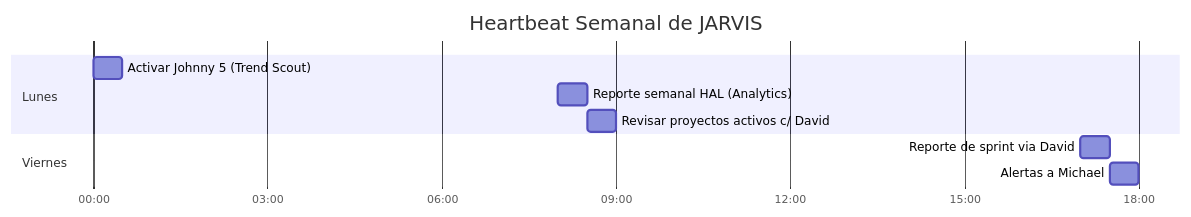
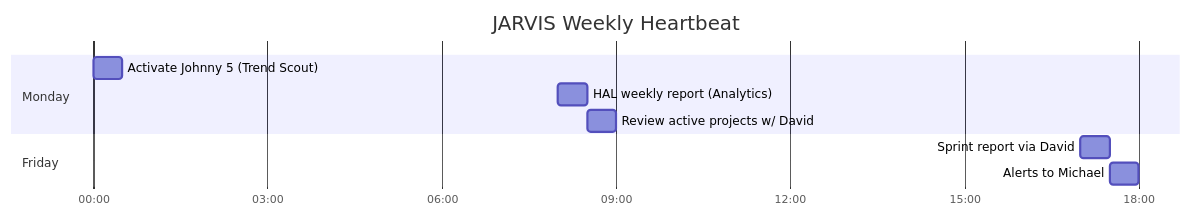
One commit to nissienterprise/nissi-openclaw-vps changed the diagram in documentation/03-agents/jarvis.md. Above: the diagram before and after it, drawn with Mermaid. The commit also changed other lines of this file and 46 other files, not shown here.

````diff
--- a/documentation/03-agents/jarvis.md
+++ b/documentation/03-agents/jarvis.md
@@ -36,13 +36,13 @@
 ```mermaid
 gantt
-    title Heartbeat Semanal de JARVIS
+    title JARVIS Weekly Heartbeat
     dateFormat  HH:mm
     axisFormat  %H:%M
-    section Lunes
-    Activar Johnny 5 (Trend Scout)     :00:00, 30m
-    Reporte semanal HAL (Analytics)    :08:00, 30m
-    Revisar proyectos activos c/ David :08:30, 30m
-    section Viernes
-    Reporte de sprint via David        :17:00, 30m
-    Alertas a Michael                  :17:30, 30m
+    section Monday
+    Activate Johnny 5 (Trend Scout)    :00:00, 30m
+    HAL weekly report (Analytics)      :08:00, 30m
+    Review active projects w/ David    :08:30, 30m
+    section Friday
+    Sprint report via David            :17:00, 30m
+    Alerts to Michael                  :17:30, 30m
 ```
````
